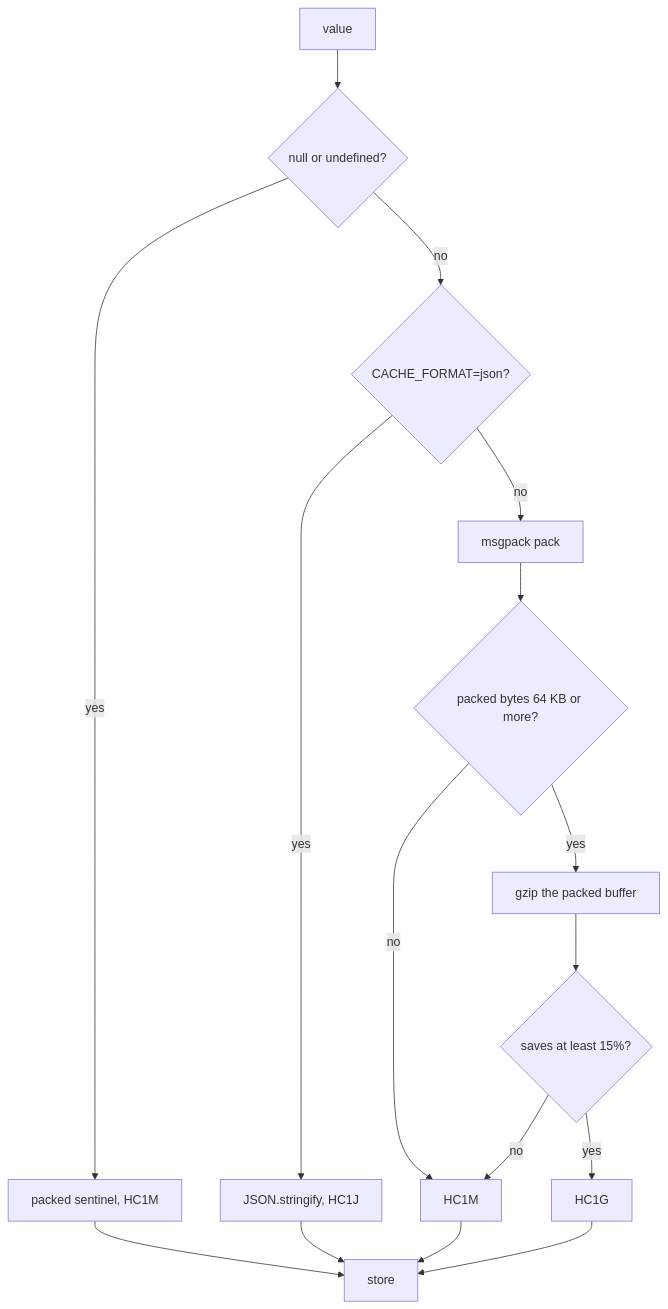
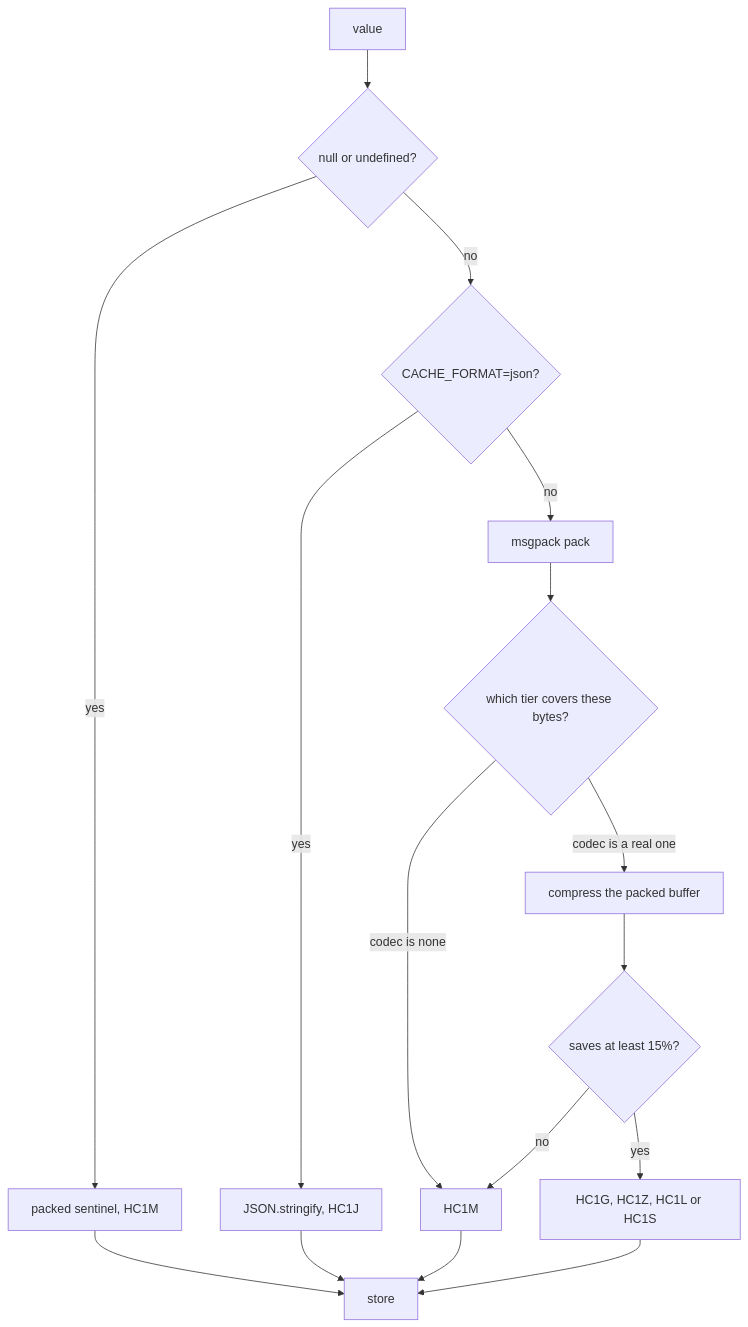
Before and after one commit to Amon20044/LazyLayers: the diagram in docs/concepts/serialization.mdx, drawn with Mermaid. The commit also changed other lines of this file and 13 other files, not shown here.

````diff
--- a/docs/concepts/serialization.mdx
+++ b/docs/concepts/serialization.mdx
@@ -52,14 +55,14 @@
 ```mermaid
 flowchart TB
     A[value] --> N{null or undefined?}
     N -->|yes| S["packed sentinel, HC1M"] --> Z[store]
     N -->|no| J{"CACHE_FORMAT=json?"}
     J -->|yes| JJ["JSON.stringify, HC1J"] --> Z
     J -->|no| P[msgpack pack]
-    P --> B{"packed bytes 64 KB or more?"}
-    B -->|no| M[HC1M] --> Z
-    B -->|yes| G["gzip the packed buffer"]
+    P --> B{"which tier covers these bytes?"}
+    B -->|"codec is none"| M[HC1M] --> Z
+    B -->|"codec is a real one"| G["compress the packed buffer"]
     G --> T{"saves at least 15%?"}
-    T -->|yes| GG[HC1G] --> Z
+    T -->|yes| GG["HC1G, HC1Z, HC1L or HC1S"] --> Z
     T -->|no| M
 ```
````
